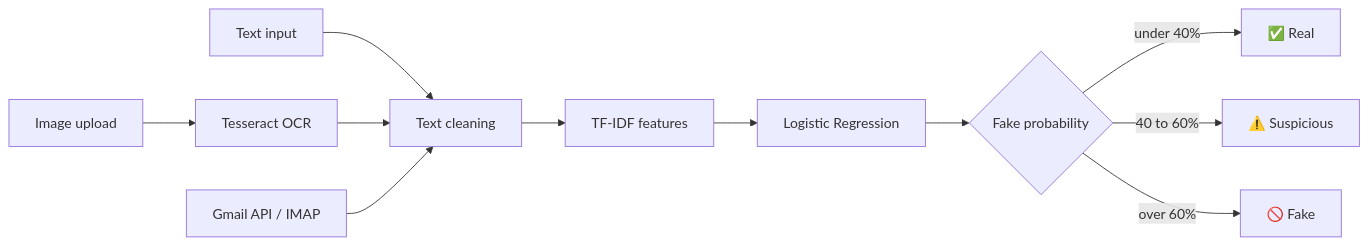
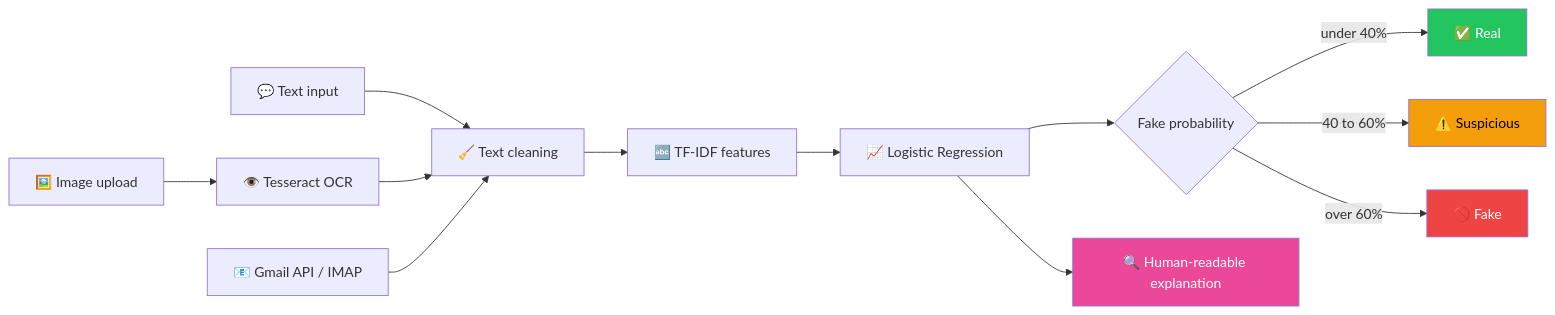
Before and after one commit to happyhsaini/happyhsaini: the fourth of 6 diagrams in README.md, drawn with Mermaid. The commit also changed other lines of this file, not shown here.

````diff
--- a/README.md
+++ b/README.md
@@ -129,12 +190,18 @@
 ```mermaid
 flowchart LR
-    T[Text input] --> PRE[Text cleaning]
-    I[Image upload] --> OCR[Tesseract OCR] --> PRE
-    G[Gmail API / IMAP] --> PRE
-    PRE --> TF[TF-IDF features]
-    TF --> LR[Logistic Regression]
-    LR --> P{Fake probability}
-    P -->|under 40%| R[✅ Real]
-    P -->|40 to 60%| S[⚠️ Suspicious]
-    P -->|over 60%| F[🚫 Fake]
+    A["💬 Text input"] --> D["🧹 Text cleaning"]
+    B["🖼️ Image upload"] --> C["👁️ Tesseract OCR"]
+    C --> D
+    E["📧 Gmail API / IMAP"] --> D
+    D --> F["🔤 TF-IDF features"]
+    F --> G["📈 Logistic Regression"]
+    G --> H{"Fake probability"}
+    H -->|"under 40%"| I["✅ Real"]
+    H -->|"40 to 60%"| J["⚠️ Suspicious"]
+    H -->|"over 60%"| K["🚫 Fake"]
+    G --> L["🔍 Human-readable explanation"]
+    style I fill:#22c55e,color:#fff
+    style J fill:#f59e0b,color:#000
+    style K fill:#ef4444,color:#fff
+    style L fill:#ec4899,color:#fff
 ```
````
